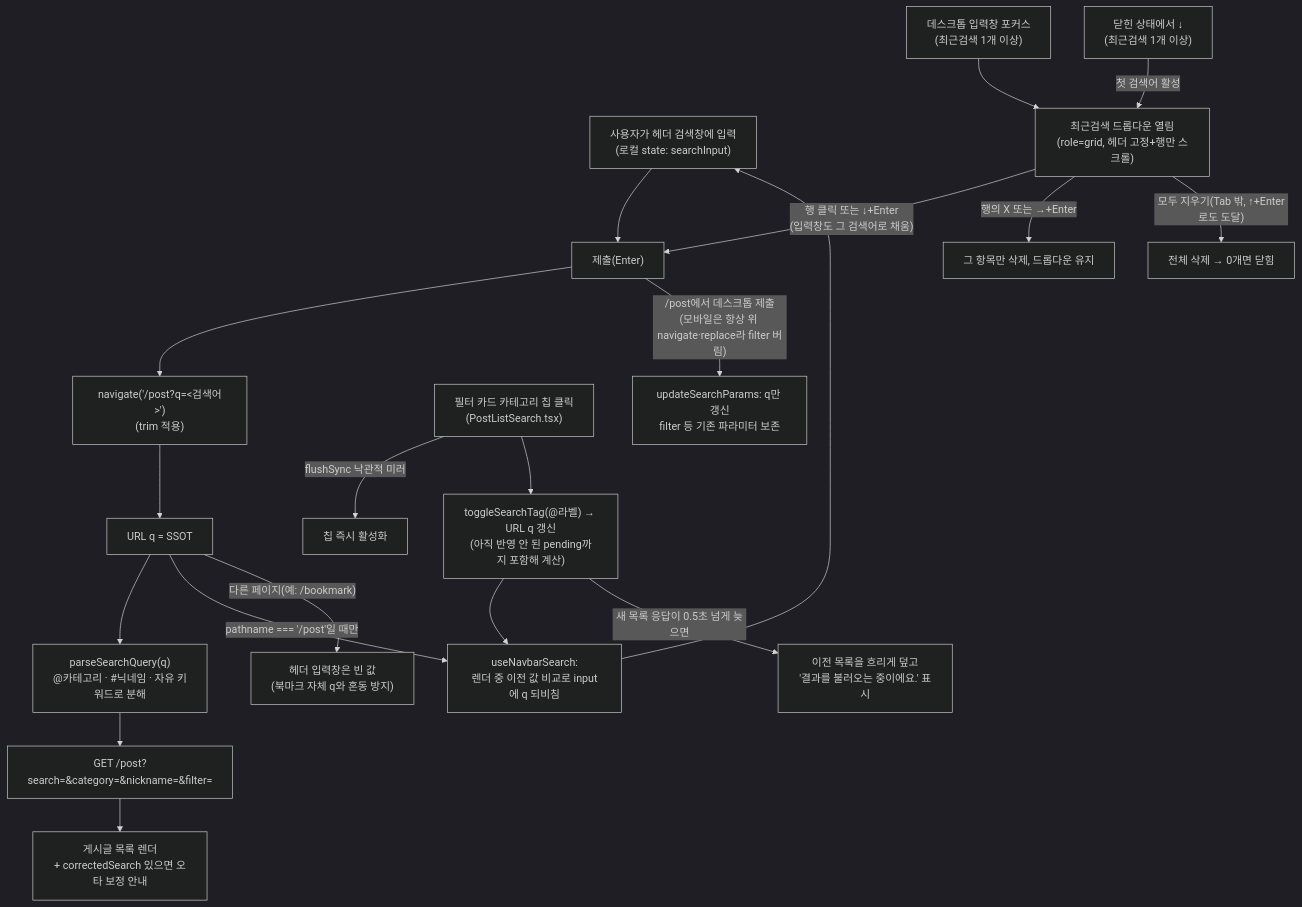
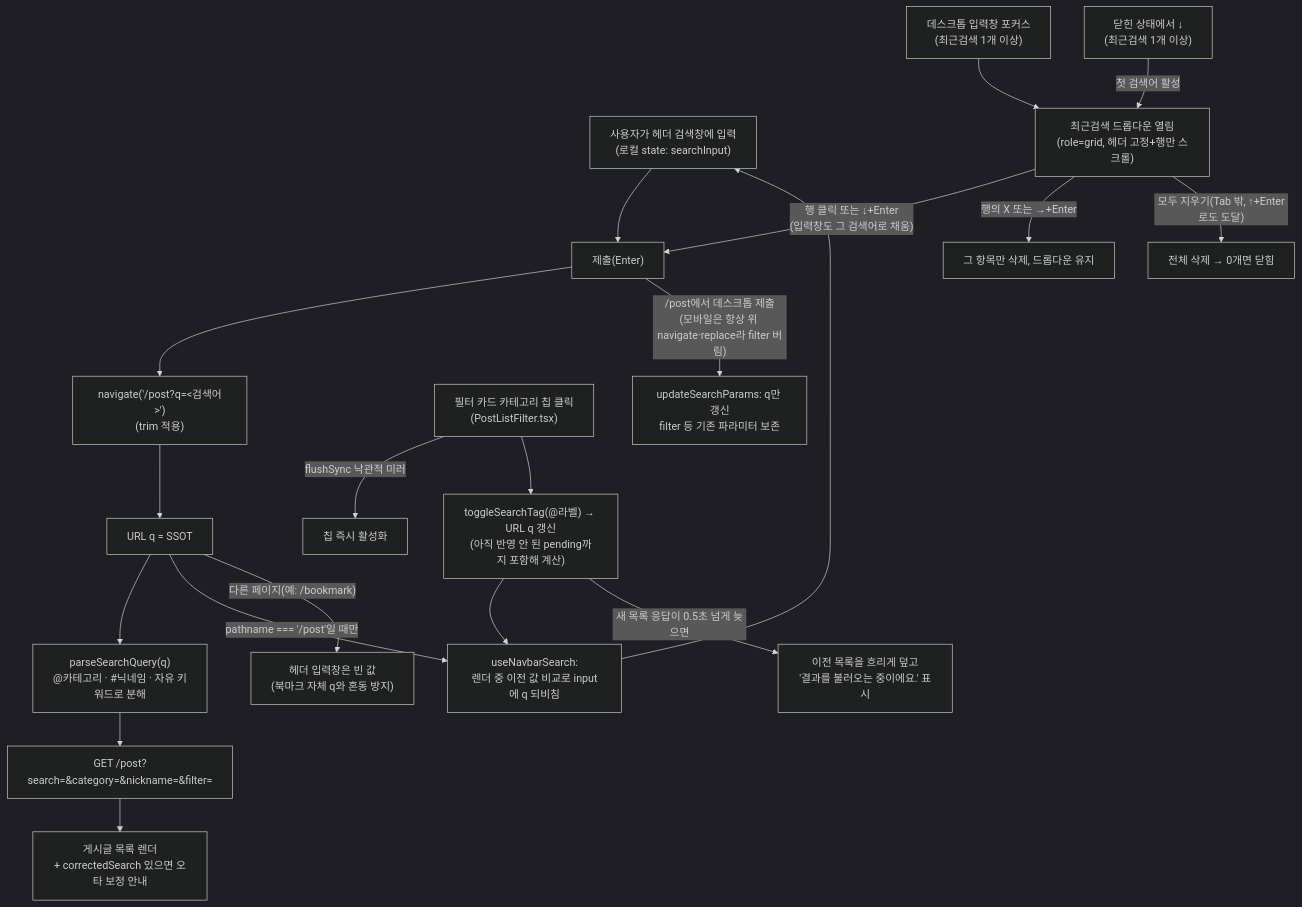
The first of 2 diagrams in docs/SEARCH.md (BAECHAN/link-sphere_FE_NEW), drawn with Mermaid (dark theme) before and after one commit. The commit also changed other lines of this file and 50 other files, not shown here.

````diff
--- a/docs/SEARCH.md
+++ b/docs/SEARCH.md
@@ -28,26 +28,26 @@
 ```mermaid
 flowchart TD
   Type["사용자가 헤더 검색창에 입력<br/>(로컬 state: searchInput)"] --> Submit["제출(Enter)"]
   Submit --> Navigate["navigate('/post?q=&lt;검색어&gt;')<br/>(trim 적용)"]
   Navigate --> URL["URL q = SSOT"]
   URL --> Parse["parseSearchQuery(q)<br/>@카테고리 · #닉네임 · 자유 키워드로 분해"]
   Parse --> API["GET /post?search=&category=&nickname=&filter="]
   API --> Result["게시글 목록 렌더<br/>+ correctedSearch 있으면 오타 보정 안내"]
 
   URL -->|"pathname === '/post'일 때만"| Mirror["useNavbarSearch:<br/>렌더 중 이전 값 비교로 input에 q 되비침"]
   Mirror --> Type
 
   URL -->|"다른 페이지(예: /bookmark)"| Empty["헤더 입력창은 빈 값<br/>(북마크 자체 q와 혼동 방지)"]
 
-  ChipClick["필터 카드 카테고리 칩 클릭<br/>(PostListSearch.tsx)"] -->|"flushSync 낙관적 미러"| ChipUI["칩 즉시 활성화"]
+  ChipClick["필터 카드 카테고리 칩 클릭<br/>(PostListFilter.tsx)"] -->|"flushSync 낙관적 미러"| ChipUI["칩 즉시 활성화"]
   ChipClick --> Navigate2["toggleSearchTag(@라벨) → URL q 갱신<br/>(아직 반영 안 된 pending까지 포함해 계산)"]
   Navigate2 --> Mirror
   Navigate2 -->|"새 목록 응답이 0.5초 넘게 늦으면"| Applying["이전 목록을 흐리게 덮고<br/>'결과를 불러오는 중이에요.' 표시"]
 
   Focus["데스크톱 입력창 포커스<br/>(최근검색 1개 이상)"] --> Dropdown["최근검색 드롭다운 열림<br/>(role=grid, 헤더 고정+행만 스크롤)"]
   ArrowOpen["닫힌 상태에서 ↓<br/>(최근검색 1개 이상)"] -->|"첫 검색어 활성"| Dropdown
   Dropdown -->|"행 클릭 또는 ↓+Enter<br/>(입력창도 그 검색어로 채움)"| Submit
   Dropdown -->|"행의 X 또는 →+Enter"| RemoveOne["그 항목만 삭제, 드롭다운 유지"]
   Dropdown -->|"모두 지우기(Tab 밖, ↑+Enter로도 도달)"| ClearAll["전체 삭제 → 0개면 닫힘"]
   Submit -->|"/post에서 데스크톱 제출<br/>(모바일은 항상 위 navigate·replace라 filter 버림)"| Preserve["updateSearchParams: q만 갱신<br/>filter 등 기존 파라미터 보존"]
 ```
````
